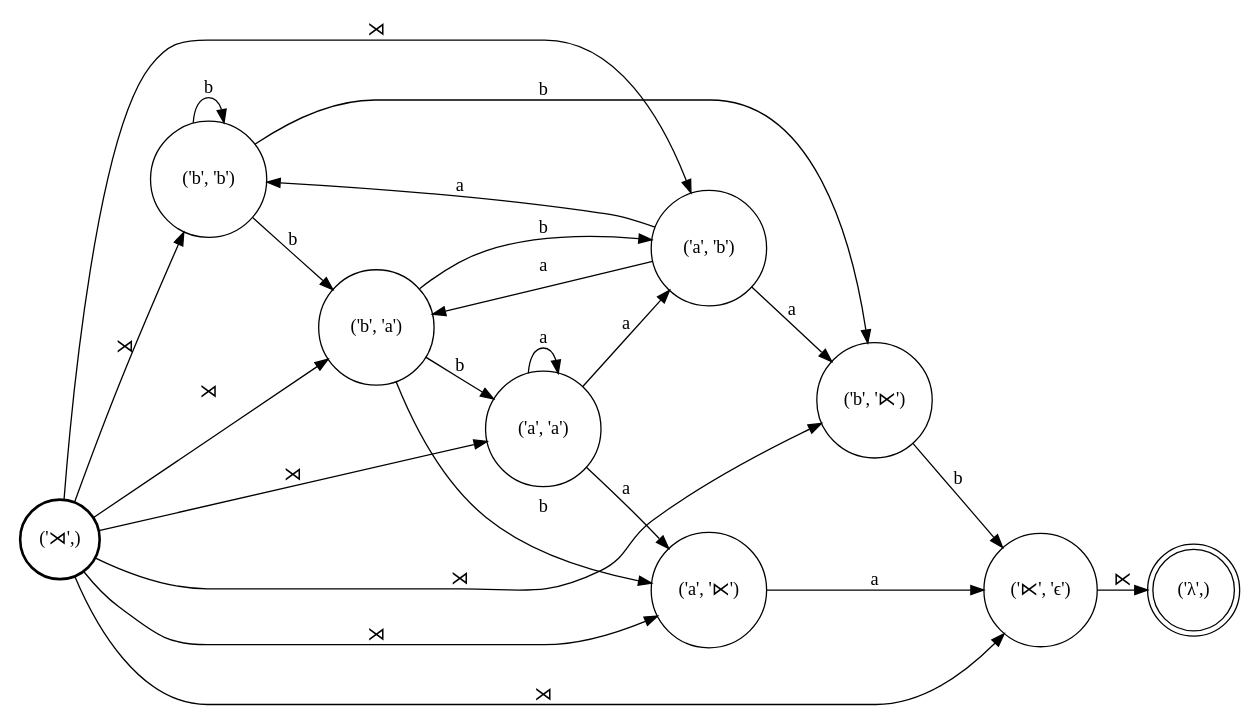
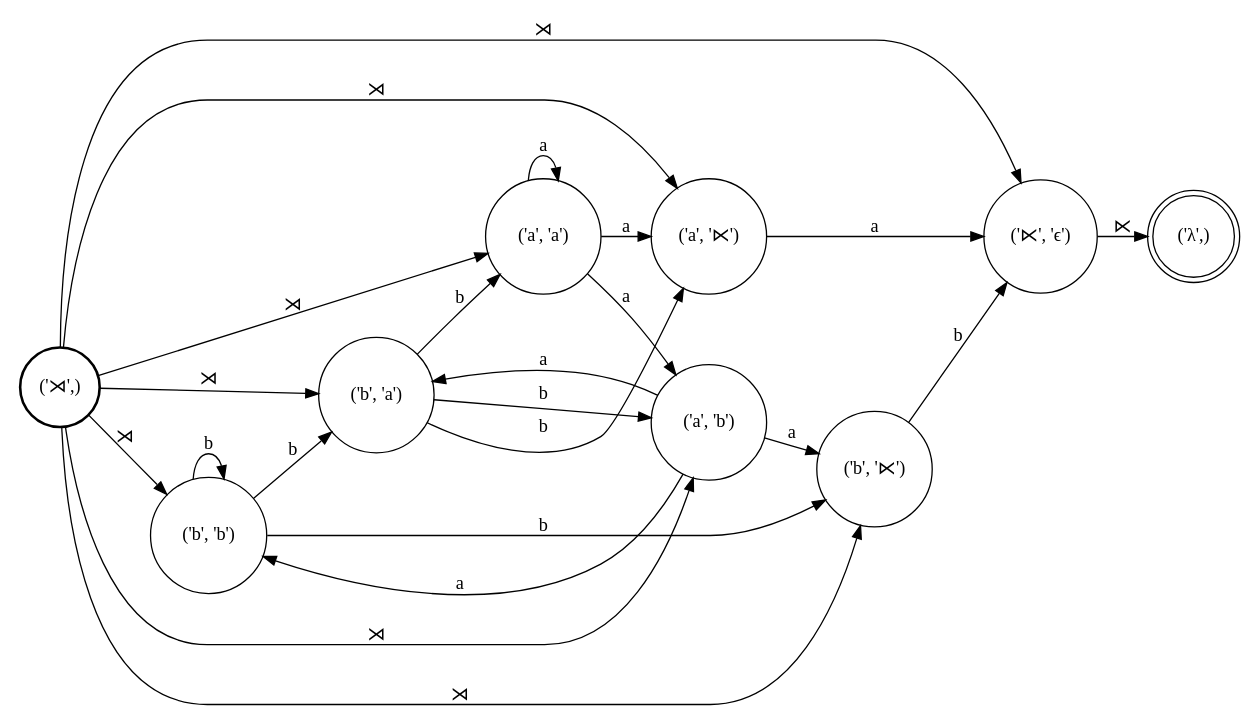
One commit to colincwilson/wynini changed the diagram in demo/R.dot. Above: the diagram before and after it, drawn with Graphviz. The commit also changed other lines of this file and 9 other files, not shown here.

```diff
--- a/demo/R.dot
+++ b/demo/R.dot
@@ -1,39 +1,39 @@
 digraph FST {
 rankdir = LR;
 size = "8.5,11";
 center = 1;
 orientation = Portrait;
 ranksep = "0.4";
 nodesep = "0.25";
 8 [label = "('⋊',)", shape = circle, style = bold, fontsize = 14]
 	8 -> 4 [label = "⋊", fontsize = 14];
+	8 -> 5 [label = "⋊", fontsize = 14];
+	8 -> 7 [label = "⋊", fontsize = 14];
+	8 -> 1 [label = "⋊", fontsize = 14];
+	8 -> 3 [label = "⋊", fontsize = 14];
 	8 -> 6 [label = "⋊", fontsize = 14];
-	8 -> 5 [label = "⋊", fontsize = 14];
 	8 -> 2 [label = "⋊", fontsize = 14];
-	8 -> 1 [label = "⋊", fontsize = 14];
-	8 -> 7 [label = "⋊", fontsize = 14];
-	8 -> 3 [label = "⋊", fontsize = 14];
 0 [label = "('λ',)", shape = doublecircle, style = solid, fontsize = 14]
 1 [label = "('⋉', 'ϵ')", shape = circle, style = solid, fontsize = 14]
 	1 -> 0 [label = "⋉", fontsize = 14];
 2 [label = "('b', '⋉')", shape = circle, style = solid, fontsize = 14]
 	2 -> 1 [label = "b", fontsize = 14];
 3 [label = "('a', '⋉')", shape = circle, style = solid, fontsize = 14]
 	3 -> 1 [label = "a", fontsize = 14];
 4 [label = "('b', 'b')", shape = circle, style = solid, fontsize = 14]
 	4 -> 2 [label = "b", fontsize = 14];
+	4 -> 6 [label = "b", fontsize = 14];
 	4 -> 4 [label = "b", fontsize = 14];
-	4 -> 6 [label = "b", fontsize = 14];
 5 [label = "('a', 'b')", shape = circle, style = solid, fontsize = 14]
 	5 -> 2 [label = "a", fontsize = 14];
+	5 -> 6 [label = "a", fontsize = 14];
 	5 -> 4 [label = "a", fontsize = 14];
-	5 -> 6 [label = "a", fontsize = 14];
 6 [label = "('b', 'a')", shape = circle, style = solid, fontsize = 14]
 	6 -> 3 [label = "b", fontsize = 14];
 	6 -> 5 [label = "b", fontsize = 14];
 	6 -> 7 [label = "b", fontsize = 14];
 7 [label = "('a', 'a')", shape = circle, style = solid, fontsize = 14]
 	7 -> 3 [label = "a", fontsize = 14];
 	7 -> 5 [label = "a", fontsize = 14];
 	7 -> 7 [label = "a", fontsize = 14];
 }
```
